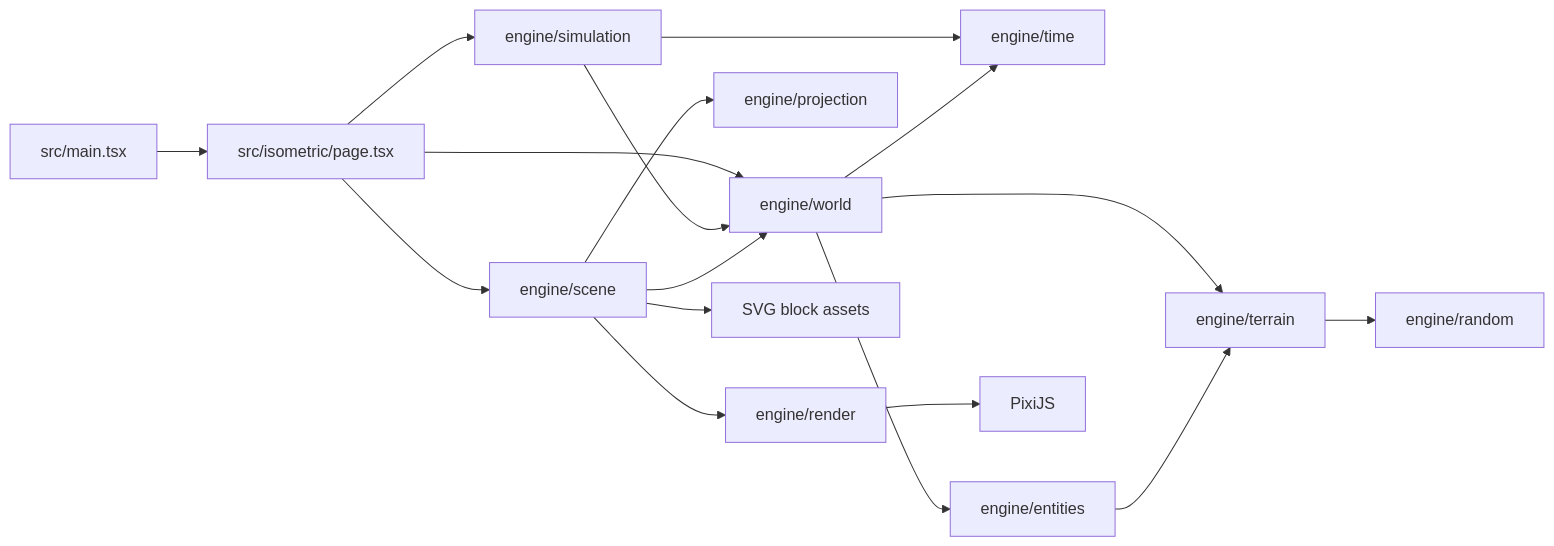
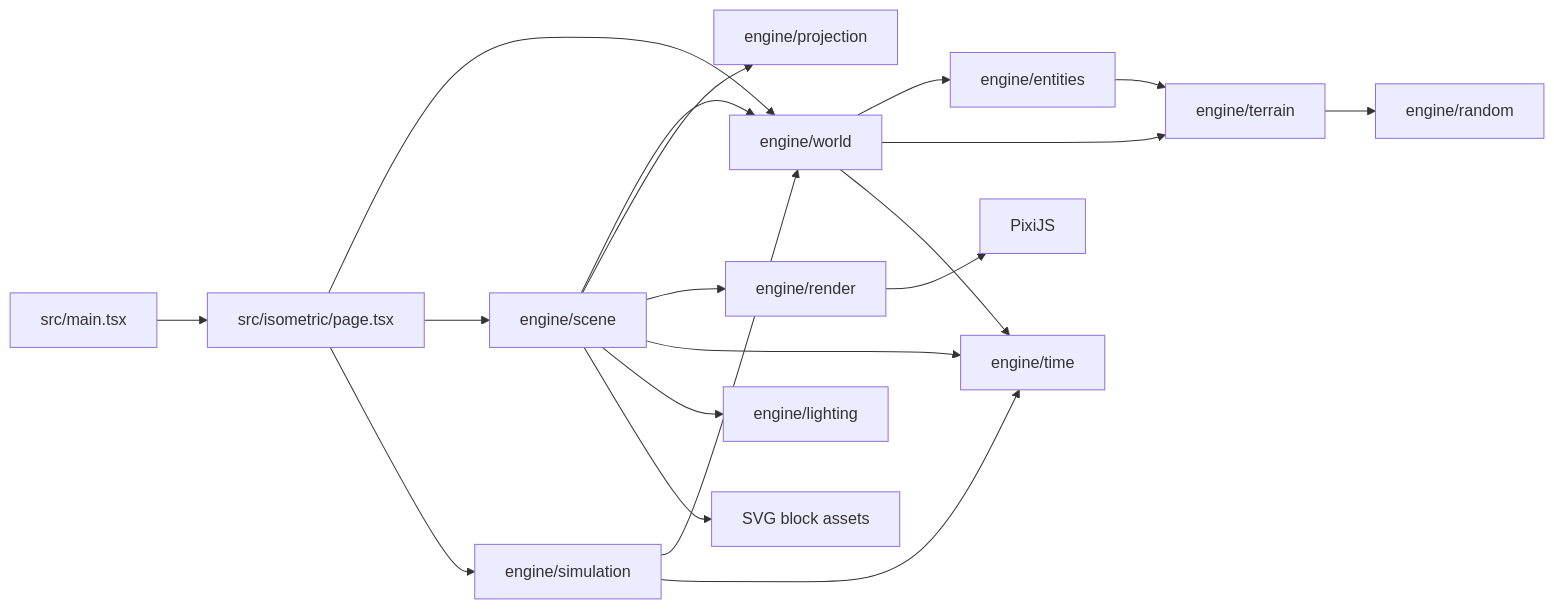
One commit to alexsantos-eth/armada-engine changed the diagram in ARCHITECTURE.md. Above: the diagram before and after it, drawn with Mermaid. The commit also changed other lines of this file and 50 other files, not shown here.

````diff
--- a/ARCHITECTURE.md
+++ b/ARCHITECTURE.md
@@ -9,19 +9,21 @@
 ```mermaid
 flowchart LR
   Main[src/main.tsx] --> Page[src/isometric/page.tsx]
   Page --> World[engine/world]
   Page --> Scene[engine/scene]
   Page --> Simulation[engine/simulation]
   Simulation --> World
   Simulation --> Time
   World --> Entities[engine/entities]
   World --> Terrain[engine/terrain]
   World --> Time[engine/time]
   Entities --> Terrain
   Terrain --> Random[engine/random]
   Scene --> World
   Scene --> Projection[engine/projection]
   Scene --> Render[engine/render]
+  Scene --> Time
+  Scene --> Lighting[engine/lighting]
   Render --> Pixi[PixiJS]
   Scene --> Assets[SVG block assets]
 ```
````
